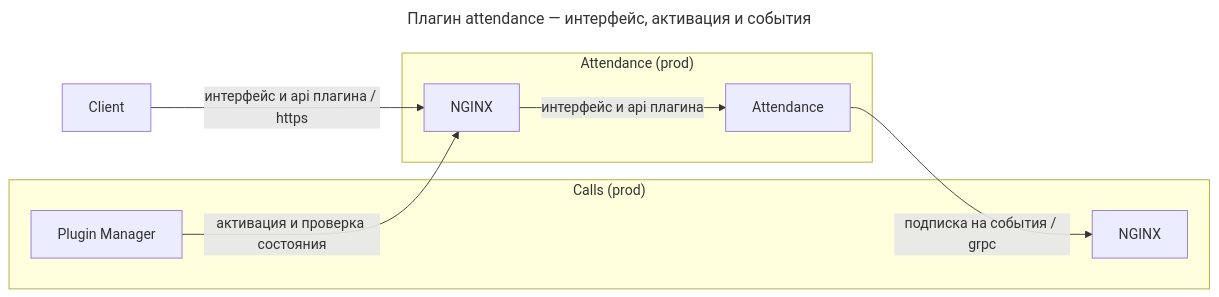
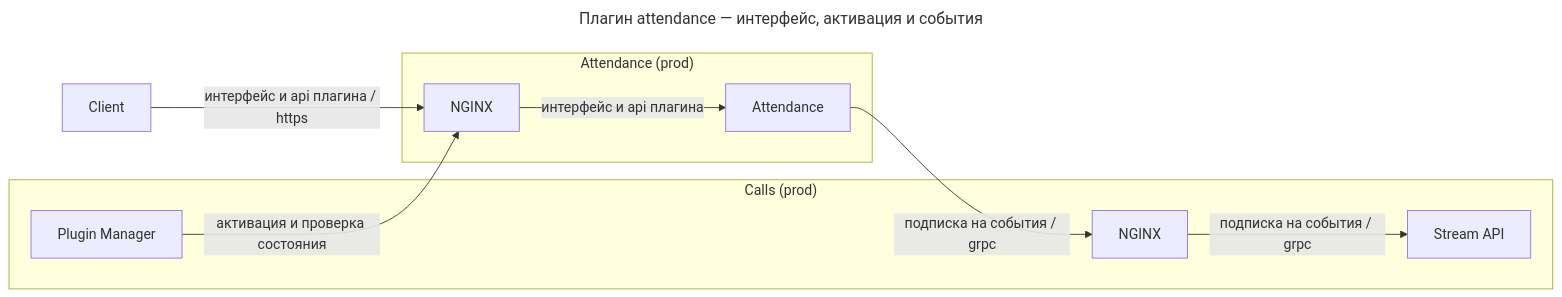
The fourth of 5 diagrams in README.md (dwspurpleteam/deployer), drawn with Mermaid before and after one commit.

Commit message:
Show event subscription path to Stream API

````diff
--- a/README.md
+++ b/README.md
@@ -55,16 +55,16 @@
 ```mermaid
 ---
 title: Плагин attendance — интерфейс, активация и события
 ---
 flowchart LR
   browser[Client] -->|интерфейс и api плагина / https| attendance_nginx
   subgraph calls_plugins["Calls (prod)"]
     manager[Plugin Manager]
-    proxy[NGINX]
+    proxy[NGINX] -->|подписка на события / grpc| streamapi[Stream API]
   end
   subgraph attendance_prod["Attendance (prod)"]
     attendance_nginx[NGINX] -->|интерфейс и api плагина| attendance[Attendance]
   end
   manager -->|активация и проверка состояния| attendance_nginx
   attendance -->|подписка на события / grpc| proxy
 ```
````
